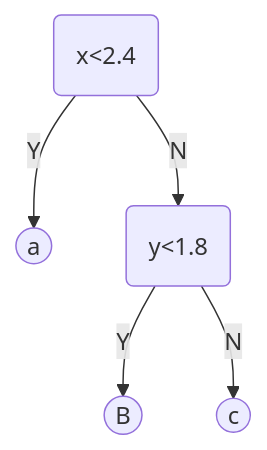
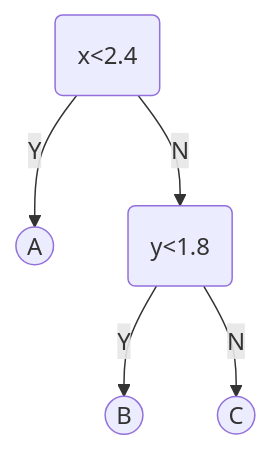
The second of 3 diagrams in base/5-决策树.md (hughxusu/lesson-ai), drawn with Mermaid before and after one commit. The commit also changed other lines of this file and 3 other files, not shown here.

````diff
--- a/base/5-决策树.md
+++ b/base/5-决策树.md
@@ -75,8 +77,8 @@
 ```mermaid
 flowchart TB
-		z(x<2.4)--Y-->a((a))
+		z(x<2.4)--Y-->a((A))
 		z--N-->b(y<1.8)
 		b--Y-->d((B))
-		b--N-->e((c))
+		b--N-->e((C))
 	
 ```
````
